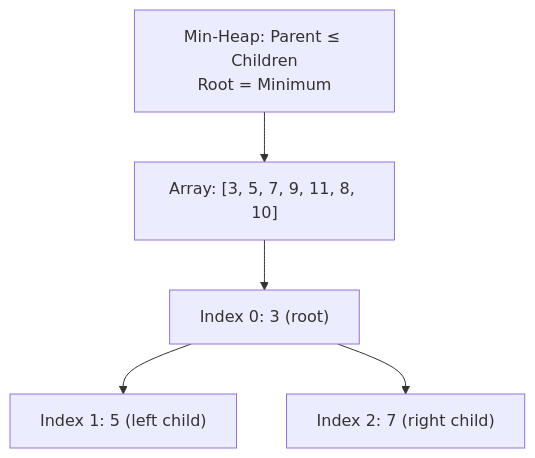
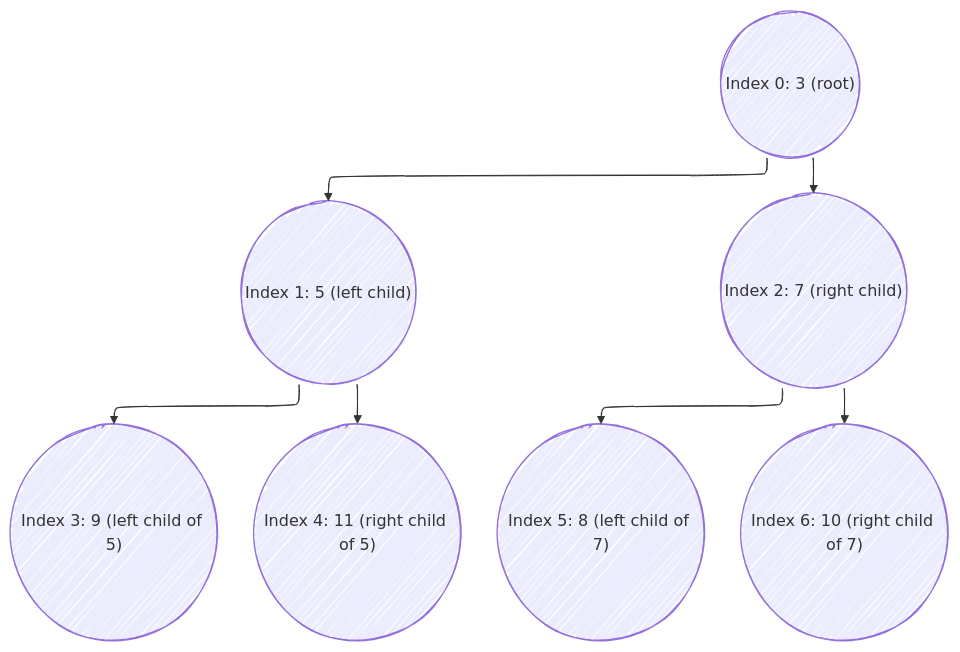
The first of 3 diagrams in jekyll/heaps-in-plain-language.md (jimmy706/junedang-blog-pages), drawn with Mermaid before and after one commit. The commit also changed other lines of this file and 1 other file, not shown here.

Commit message:
update article content of heap

```diff
--- a/jekyll/heaps-in-plain-language.md
+++ b/jekyll/heaps-in-plain-language.md
@@ -18,13 +25,22 @@
 <pre class="mermaid">
-graph TD
-    A["Min-Heap: Parent ≤ Children<br>Root = Minimum"]
-    B["Array: [3, 5, 7, 9, 11, 8, 10]"]
-    C["Index 0: 3 (root)"]
-    D["Index 1: 5 (left child)"]
-    E["Index 2: 7 (right child)"]
-    
+---
+config:
+  layout: elk
+  look: handDrawn
+---
+flowchart TD
+    A@{shape: circle, label: "Index 0: 3 (root)"}
+    B@{shape: circle, label: "Index 1: 5 (left child)"}
+    C@{shape: circle, label: "Index 2: 7 (right child)"}
+    D@{shape: circle, label: "Index 3: 9 (left child of 5)"}
+    E@{shape: circle, label: "Index 4: 11 (right child of 5)"}
+    F@{shape: circle, label: "Index 5: 8 (left child of 7)"}
+    G@{shape: circle, label: "Index 6: 10 (right child of 7)"}
+
     A --> B
-    B --> C
-    C --> D
-    C --> E
+    A --> C
+    B --> D
+    B --> E
+    C --> F
+    C --> G
 </pre>
```
